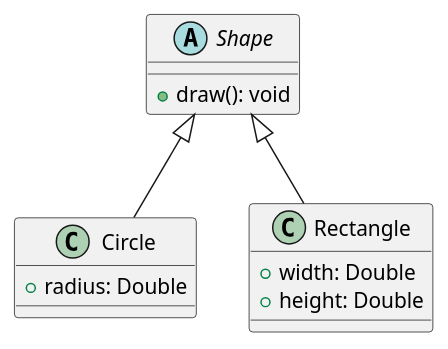
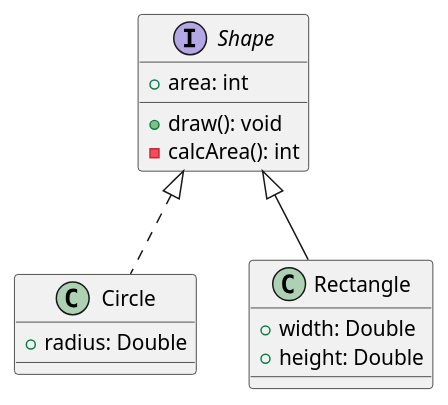
One commit to finlaysr/CS207-Coursework-Project changed the diagram in Class-Diagrams/example.plantuml. Above: the diagram before and after it, drawn with PlantUML. The commit also changed 3 other files, not shown here.

Commit message:
Added some more PlantUML examples

```diff
--- a/Class-Diagrams/example.plantuml
+++ b/Class-Diagrams/example.plantuml
@@ -1,17 +1,19 @@
 @startuml
-abstract class Shape {
+interface Shape {
+    + area: int
     + draw(): void
+    - calcArea(): int
 }
 
 class Circle {
     + radius: Double
 }
 
 class Rectangle {
     + width: Double
     + height: Double
 }
 
-Shape <|-- Circle
-Shape <|-- Rectangle
+class Circle implements Shape
+class Rectangle extends Shape
 @enduml
```
